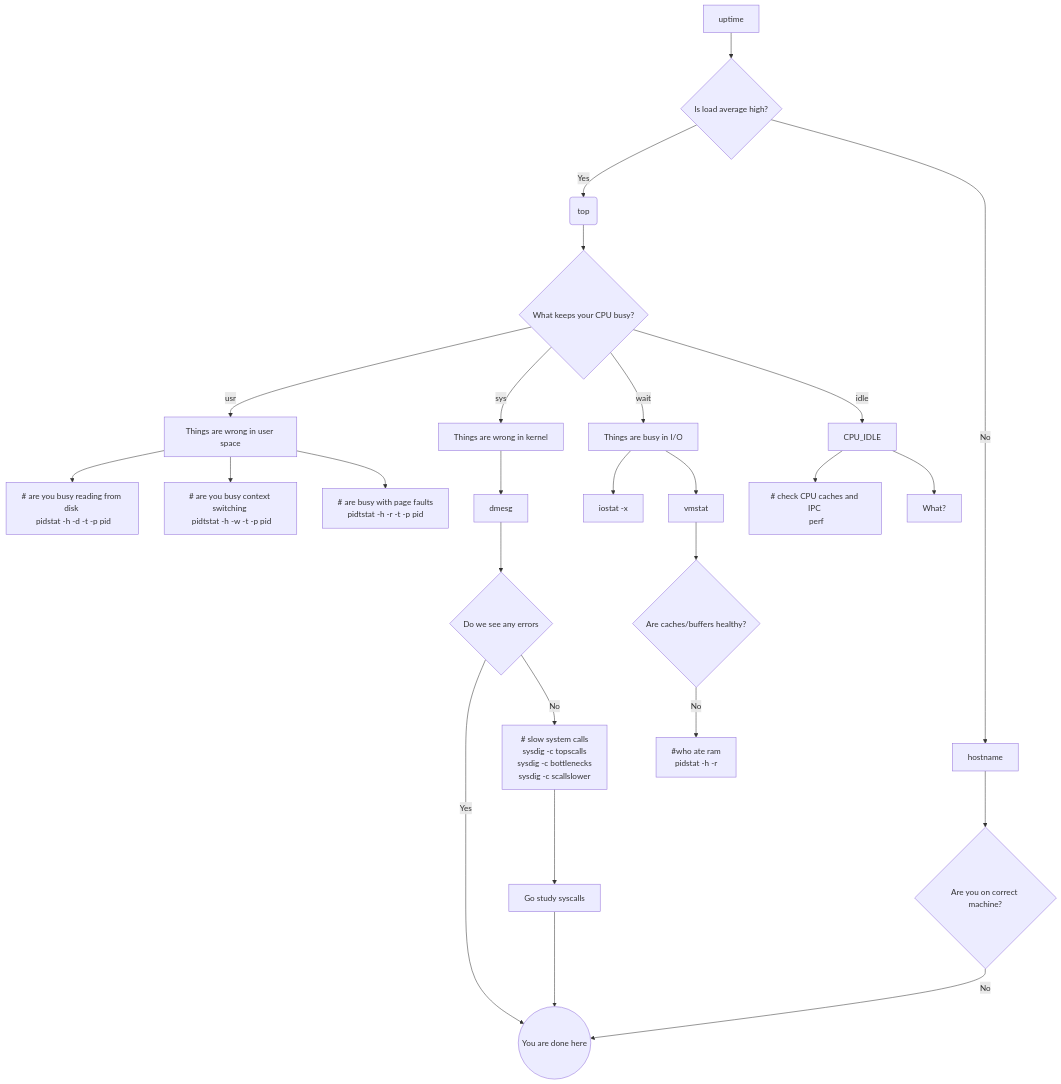
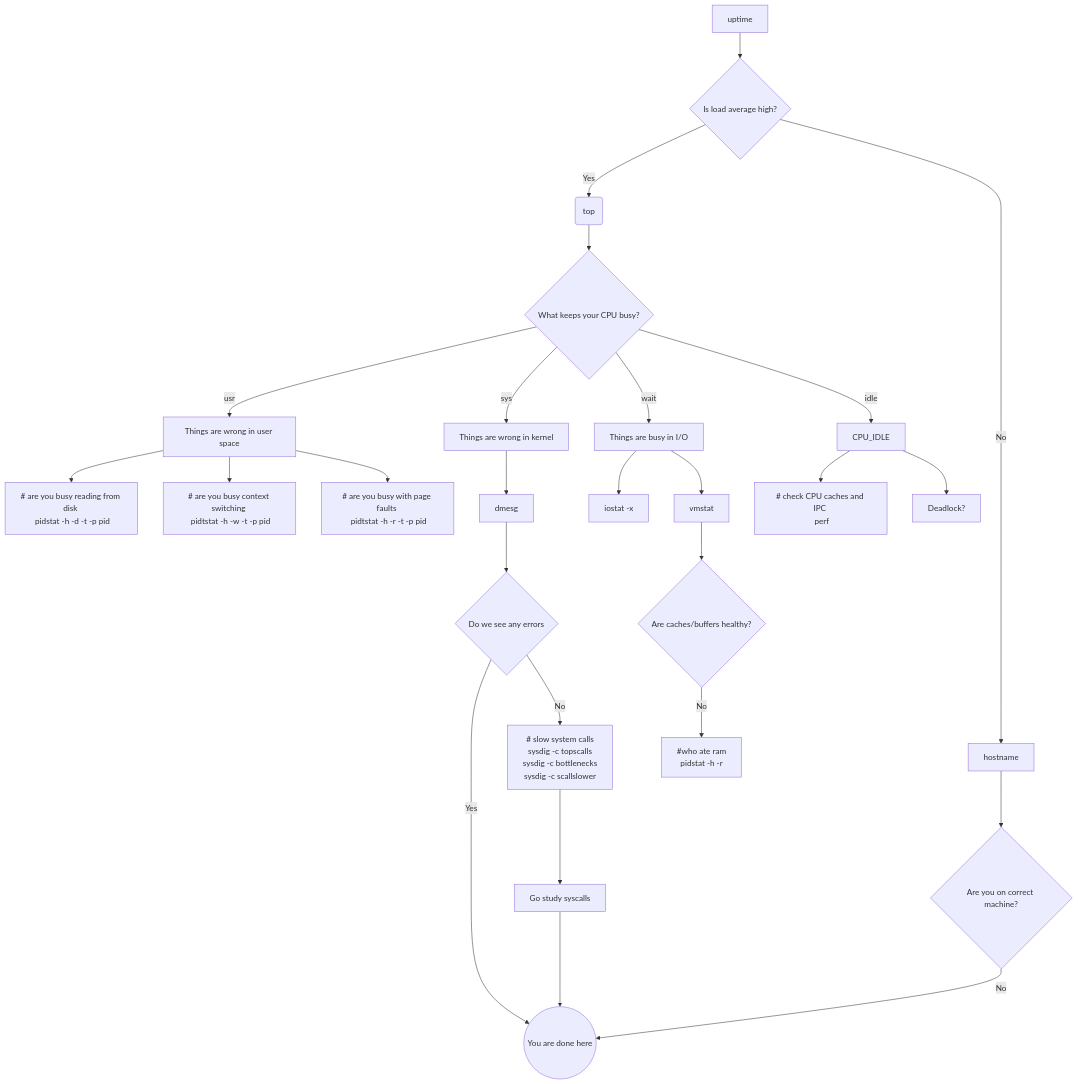
The third of 3 diagrams in src/main/slides/index.adoc (kcrimson/performance-beyond-event-horizon), drawn with Mermaid before and after one commit. The commit also changed other lines of this file, not shown here.

```diff
--- a/src/main/slides/index.adoc
+++ b/src/main/slides/index.adoc
@@ -160,29 +160,29 @@
 [mermaid,height=980]
 ....
 graph TD
     A[uptime] --> B{Is load average high?}
     B --> |Yes| C(top)
     B --> |No| HOSTNAME[hostname]
     HOSTNAME --> WRONG_HOSTNAME{Are you on correct machine?}
     WRONG_HOSTNAME -->|No| DONE 
     C --> CPU_BUSY{What keeps your CPU busy?}
     CPU_BUSY -->|usr| CPU_USR[Things are wrong in user space]
     CPU_BUSY -->|sys| G[Things are wrong in kernel]
     CPU_BUSY -->|wait| CPU_WAIT[Things are busy in I/O]
     CPU_BUSY -->|idle| CPU_IDLE
     G --> J[dmesg]
     J --> I{Do we see any errors}
     I -->|Yes| DONE((You are done here))
     I --> |No| SYSDIG[# slow system calls <br/>sysdig -c topscalls<br/>sysdig -c bottlenecks<br/>sysdig -c scallslower]
     SYSDIG --> SYSCALLS[Go study syscalls]
     SYSCALLS --> DONE
     CPU_WAIT --> CPU_WAIT_IOSTAT[iostat -x]
     CPU_WAIT --> CPU_WAIT_VMSTAT[vmstat]
     CPU_WAIT_VMSTAT --> CACHES_BUFFERS{Are caches/buffers healthy?}
     CPU_USR --> PIDSTAT[# are you busy reading from disk <br/> pidstat -h -d -t -p pid]
     CPU_USR --> PIDSTAT_CONTEXT_SWITCH[# are you busy context switching <br/> pidtstat -h -w -t -p pid]
-    CPU_USR --> PIDSTAT_PAGE_FAULTS[# are busy with page faults <br/> pidtstat -h -r -t -p pid]
+    CPU_USR --> PIDSTAT_PAGE_FAULTS[# are you busy with page faults <br/> pidtstat -h -r -t -p pid]
     CPU_IDLE --> MEMORY_WALL[# check CPU caches and IPC <br/> perf]
-    CPU_IDLE --> LOCK[What?]
+    CPU_IDLE --> LOCK[Deadlock?]
     CACHES_BUFFERS -->|No| WHO_ATE_RAM[#who ate ram <br/> pidstat -h -r]
 ....       
```
